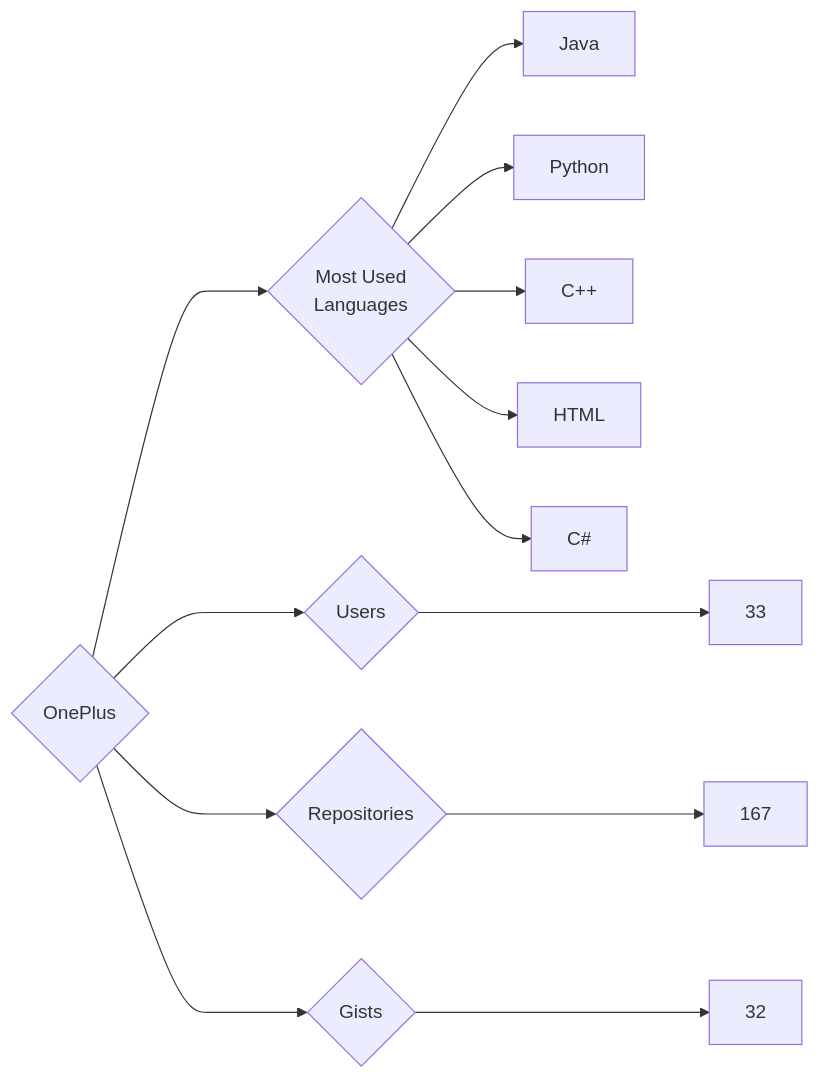
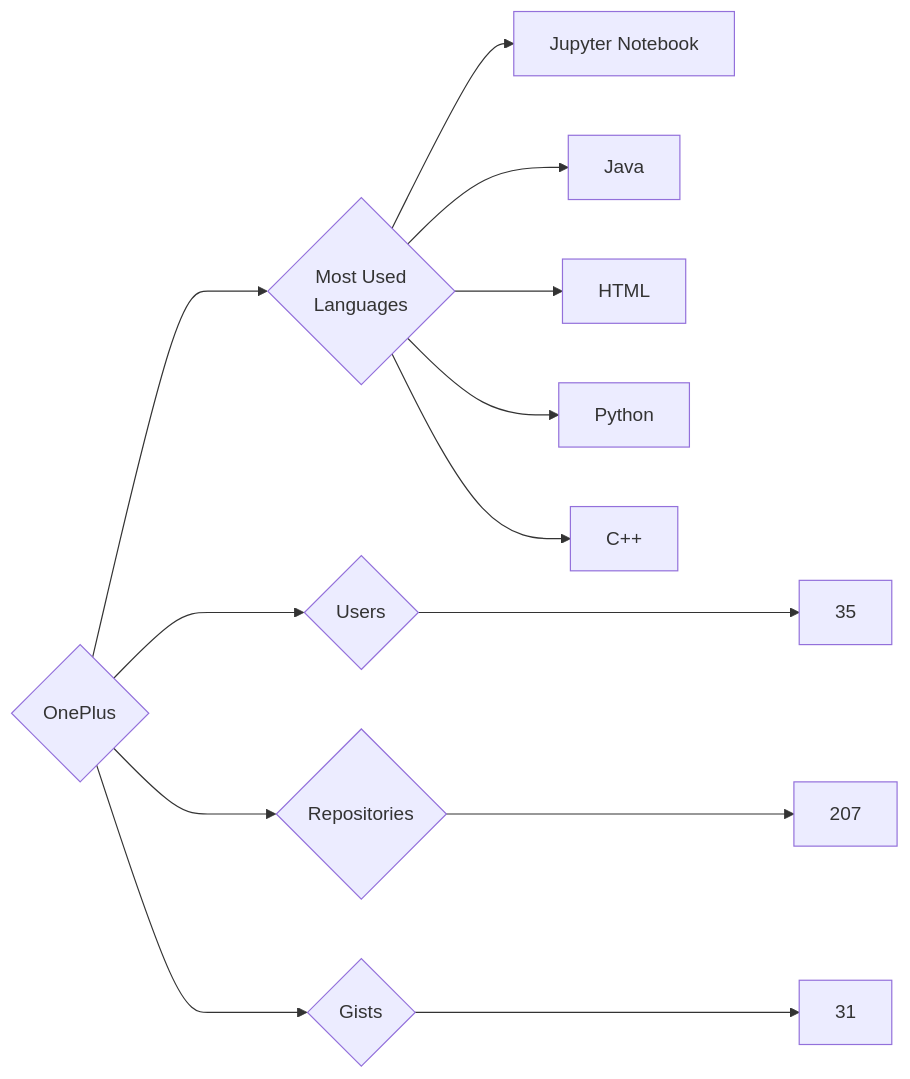
Before and after one commit to trickest/insiders: the diagram in targets/OnePlus/README.md, drawn with Mermaid. The commit also changed 928 other files, not shown here.

````diff
--- a/targets/OnePlus/README.md
+++ b/targets/OnePlus/README.md
@@ -3,13 +3,13 @@
 ```mermaid
 graph LR
 COMPANY_NAME{OnePlus}
-COMPANY_NAME ---> U{Users} ---> UN[33]
-COMPANY_NAME ---> R{Repositories} ---> RN[167]
-COMPANY_NAME ---> G{Gists} ---> GN[32]
+COMPANY_NAME ---> U{Users} ---> UN[35]
+COMPANY_NAME ---> R{Repositories} ---> RN[207]
+COMPANY_NAME ---> G{Gists} ---> GN[31]
 COMPANY_NAME ---> ML{Most Used<br>Languages}
+ML --> Jupyter_Notebook[Jupyter Notebook]
 ML --> Java[Java]
+ML --> HTML[HTML]
 ML --> Python[Python]
 ML --> C++[C++]
-ML --> HTML[HTML]
-ML --> C#[C#]
 ```
````
